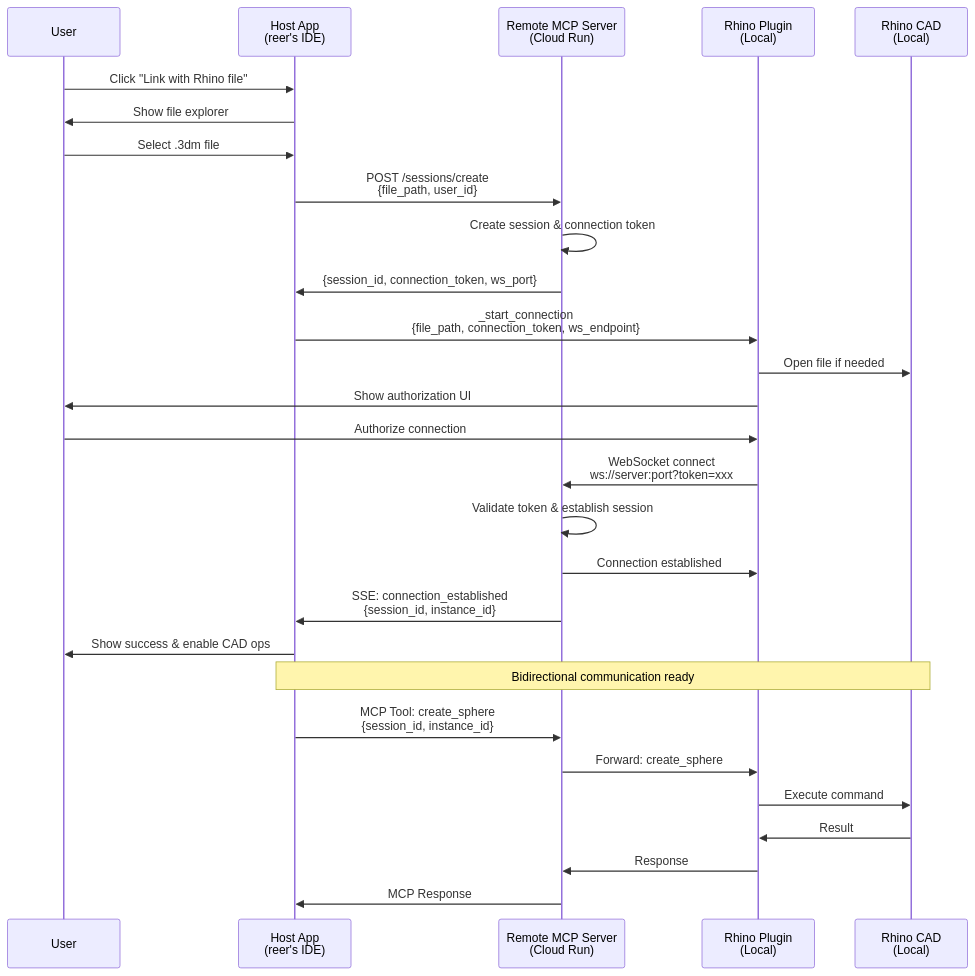
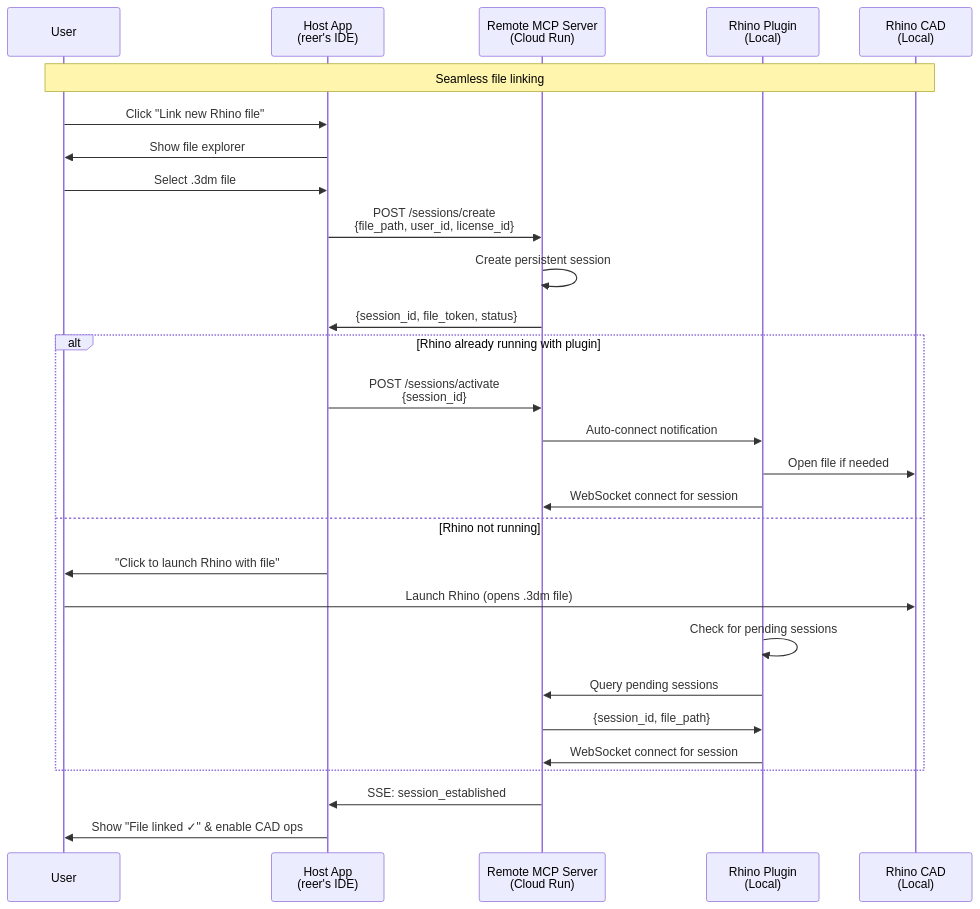
Before and after one commit to reer-ide/rhino_mcp_remote: the second of 3 diagrams in docs/architecture.md, drawn with Mermaid. The commit also changed other lines of this file and 8 other files, not shown here.

Commit message:
Update architecture with persistent session management and licensing system for improved UX flow and session lifecycle management. Remove outdated bidirectional connection implementation document.

````diff
--- a/docs/architecture.md
+++ b/docs/architecture.md
@@ -99,36 +103,35 @@
 ```mermaid
 sequenceDiagram
     participant User
     participant HostApp as Host App<br/>(reer's IDE)
     participant RemoteServer as Remote MCP Server<br/>(Cloud Run)
     participant RhinoPlugin as Rhino Plugin<br/>(Local)
     participant RhinoCAD as Rhino CAD<br/>(Local)
     
-    User->>HostApp: Click "Link with Rhino file"
+    Note over User,RhinoCAD: Seamless file linking
+    
+    User->>HostApp: Click "Link new Rhino file"
     HostApp->>User: Show file explorer
     User->>HostApp: Select .3dm file
     
-    HostApp->>RemoteServer: POST /sessions/create<br/>{file_path, user_id}
-    RemoteServer->>RemoteServer: Create session & connection token
-    RemoteServer->>HostApp: {session_id, connection_token, ws_port}
+    HostApp->>RemoteServer: POST /sessions/create<br/>{file_path, user_id, license_id}
+    RemoteServer->>RemoteServer: Create persistent session
+    RemoteServer->>HostApp: {session_id, file_token, status}
     
-    HostApp->>RhinoPlugin: _start_connection<br/>{file_path, connection_token, ws_endpoint}
-    RhinoPlugin->>RhinoCAD: Open file if needed
-    RhinoPlugin->>User: Show authorization UI
+    alt Rhino already running with plugin
+        HostApp->>RemoteServer: POST /sessions/activate<br/>{session_id}
+        RemoteServer->>RhinoPlugin: Auto-connect notification
+        RhinoPlugin->>RhinoCAD: Open file if needed
+        RhinoPlugin->>RemoteServer: WebSocket connect for session
+    else Rhino not running
+        HostApp->>User: "Click to launch Rhino with file"
+        User->>RhinoCAD: Launch Rhino (opens .3dm file)
+        RhinoPlugin->>RhinoPlugin: Check for pending sessions
+        RhinoPlugin->>RemoteServer: Query pending sessions
+        RemoteServer->>RhinoPlugin: {session_id, file_path}
+        RhinoPlugin->>RemoteServer: WebSocket connect for session
+    end
     
-    User->>RhinoPlugin: Authorize connection
-    RhinoPlugin->>RemoteServer: WebSocket connect<br/>ws://server:port?token=xxx
-    RemoteServer->>RemoteServer: Validate token & establish session
-    RemoteServer->>RhinoPlugin: Connection established
-    
-    RemoteServer->>HostApp: SSE: connection_established<br/>{session_id, instance_id}
-    HostApp->>User: Show success & enable CAD ops
-    
-    Note over HostApp,RhinoCAD: Bidirectional communication ready
-    HostApp->>RemoteServer: MCP Tool: create_sphere<br/>{session_id, instance_id}
-    RemoteServer->>RhinoPlugin: Forward: create_sphere
-    RhinoPlugin->>RhinoCAD: Execute command
-    RhinoCAD->>RhinoPlugin: Result
-    RhinoPlugin->>RemoteServer: Response
-    RemoteServer->>HostApp: MCP Response
+    RemoteServer->>HostApp: SSE: session_established
+    HostApp->>User: Show "File linked ✓" & enable CAD ops
 ```
````
